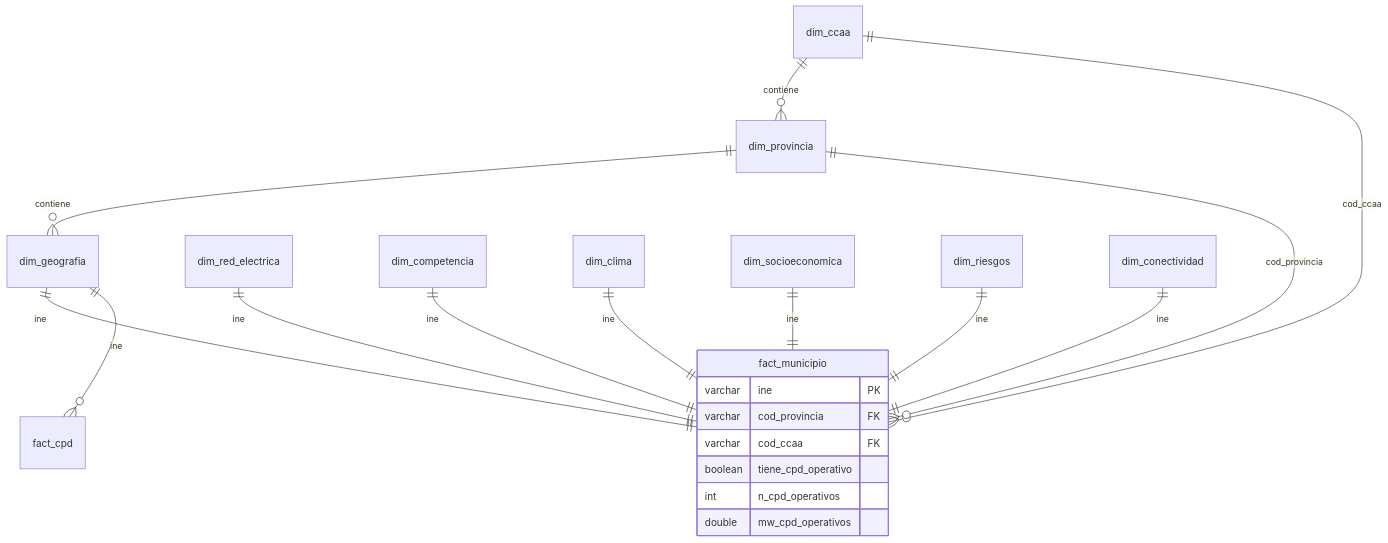
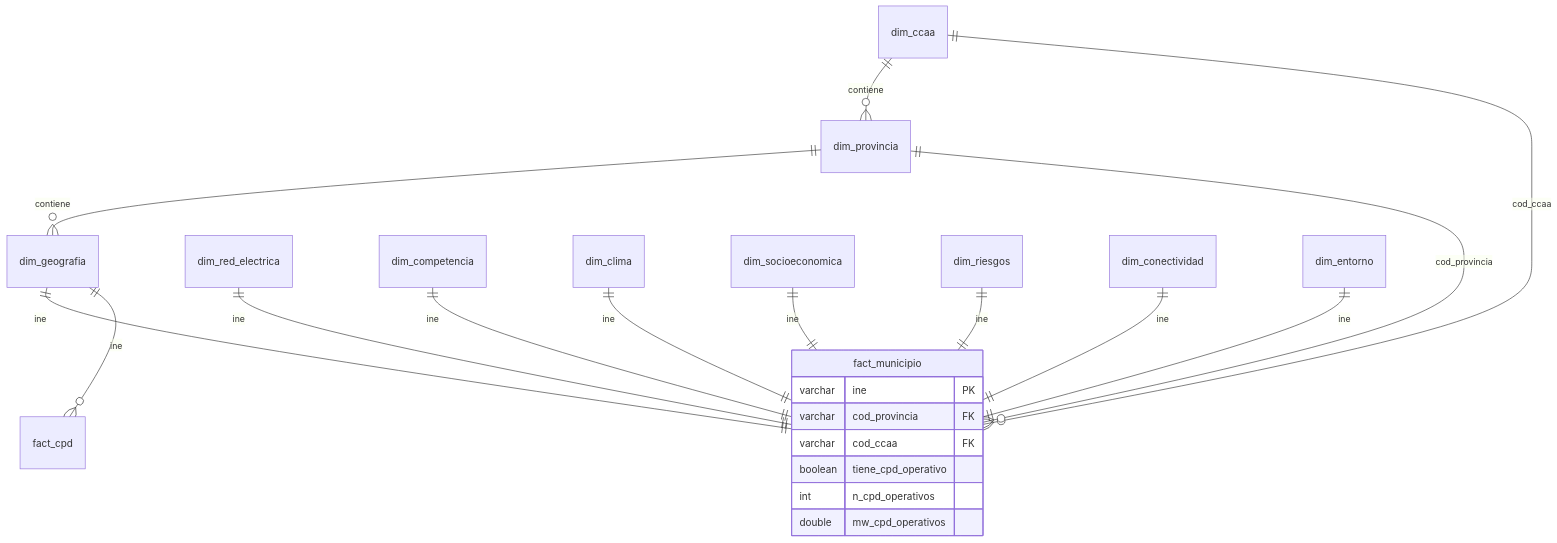
The diagram in docs/02_data_warehouse.md (Kiddgoby/CPD-Site-Optimizer), drawn with Mermaid before and after one commit. The commit also changed other lines of this file and 7 other files, not shown here.

````diff
--- a/docs/02_data_warehouse.md
+++ b/docs/02_data_warehouse.md
@@ -28,24 +29,25 @@
 ```mermaid
 erDiagram
     dim_ccaa ||--o{ dim_provincia : contiene
     dim_provincia ||--o{ dim_geografia : contiene
     dim_ccaa ||--o{ fact_municipio : cod_ccaa
     dim_provincia ||--o{ fact_municipio : cod_provincia
     dim_geografia ||--|| fact_municipio : ine
     dim_red_electrica ||--|| fact_municipio : ine
     dim_competencia ||--|| fact_municipio : ine
     dim_clima ||--|| fact_municipio : ine
     dim_socioeconomica ||--|| fact_municipio : ine
     dim_riesgos ||--|| fact_municipio : ine
     dim_conectividad ||--|| fact_municipio : ine
+    dim_entorno ||--|| fact_municipio : ine
     dim_geografia ||--o{ fact_cpd : ine
 
     fact_municipio {
         varchar ine PK
         varchar cod_provincia FK
         varchar cod_ccaa FK
         boolean tiene_cpd_operativo
         int n_cpd_operativos
         double mw_cpd_operativos
     }
 ```
````
